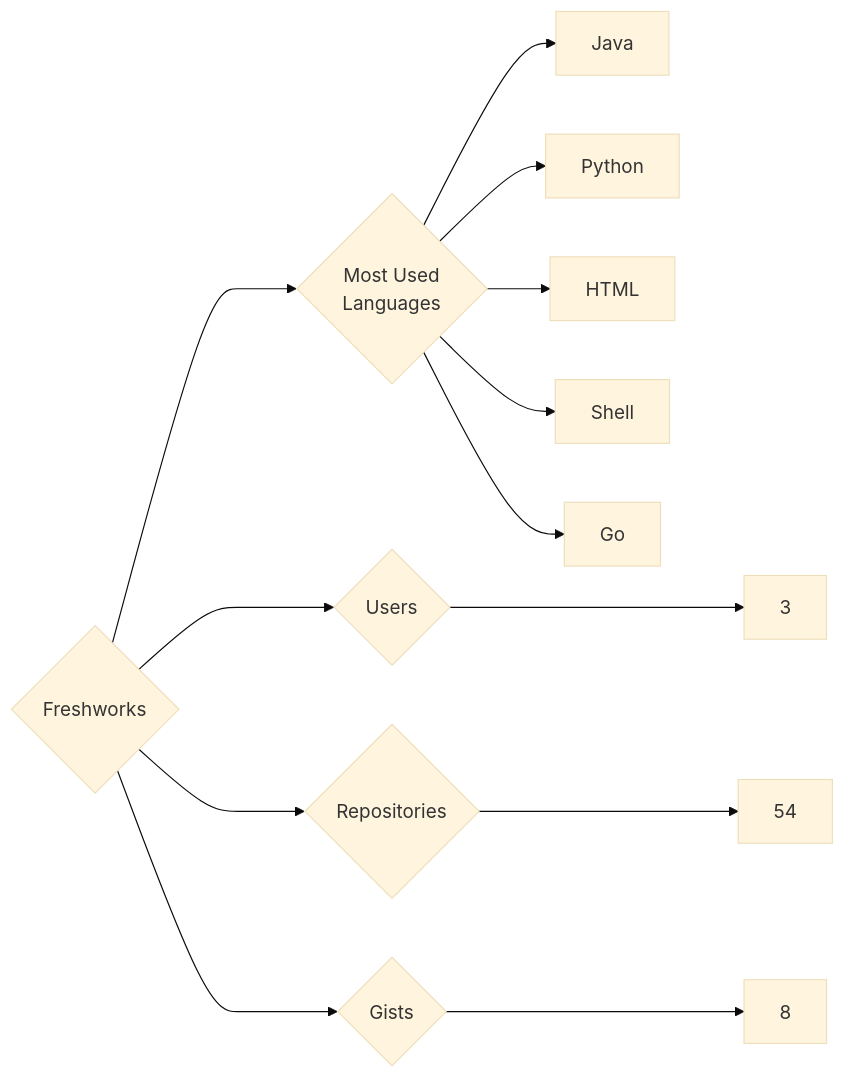
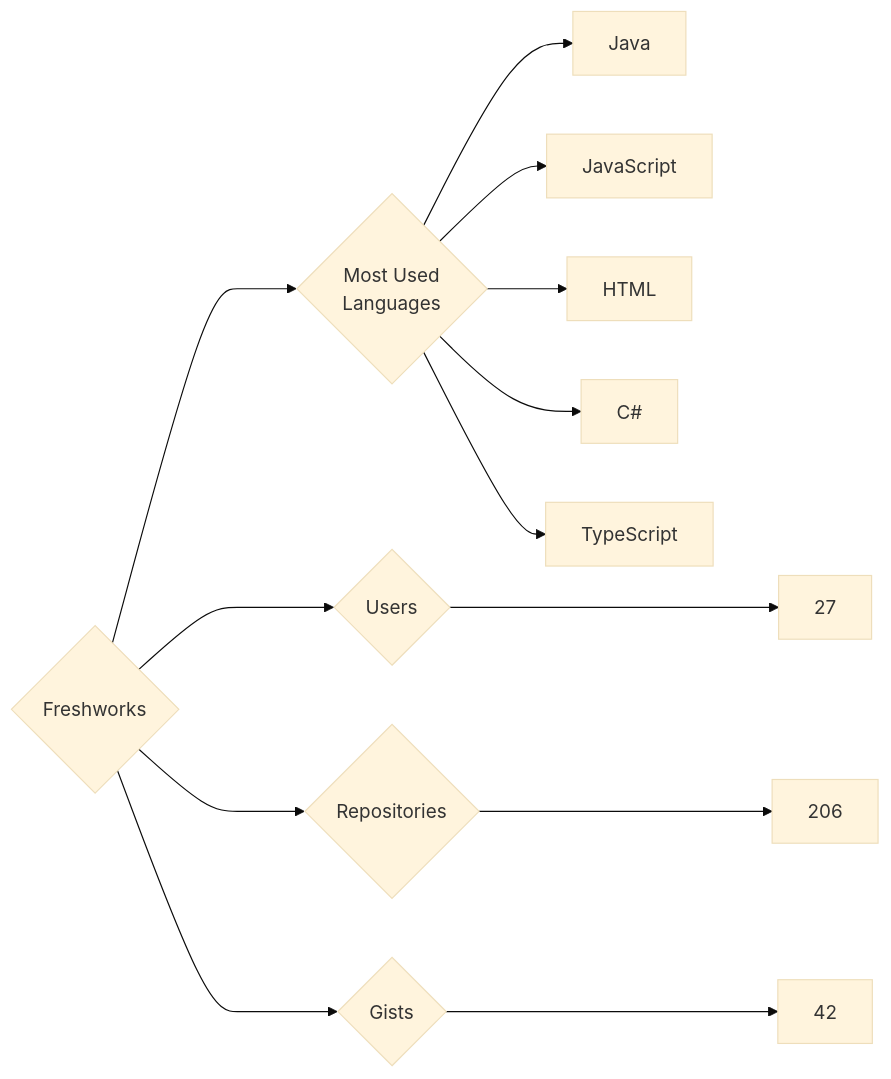
Before and after one commit to trickest/insiders: the diagram in targets/Freshworks/README.md, drawn with Mermaid (base theme). The commit also changed 823 other files, not shown here.

````diff
--- a/targets/Freshworks/README.md
+++ b/targets/Freshworks/README.md
@@ -3,13 +3,13 @@
 ```mermaid
 graph LR
 COMPANY_NAME{Freshworks}
-COMPANY_NAME ---> U{Users} ---> UN[3]
-COMPANY_NAME ---> R{Repositories} ---> RN[54]
-COMPANY_NAME ---> G{Gists} ---> GN[8]
+COMPANY_NAME ---> U{Users} ---> UN[27]
+COMPANY_NAME ---> R{Repositories} ---> RN[206]
+COMPANY_NAME ---> G{Gists} ---> GN[42]
 COMPANY_NAME ---> ML{Most Used<br>Languages}
 ML --> Java[Java]
-ML --> Python[Python]
+ML --> JavaScript[JavaScript]
 ML --> HTML[HTML]
-ML --> Shell[Shell]
-ML --> Go[Go]
+ML --> C#[C#]
+ML --> TypeScript[TypeScript]
 ```
````
